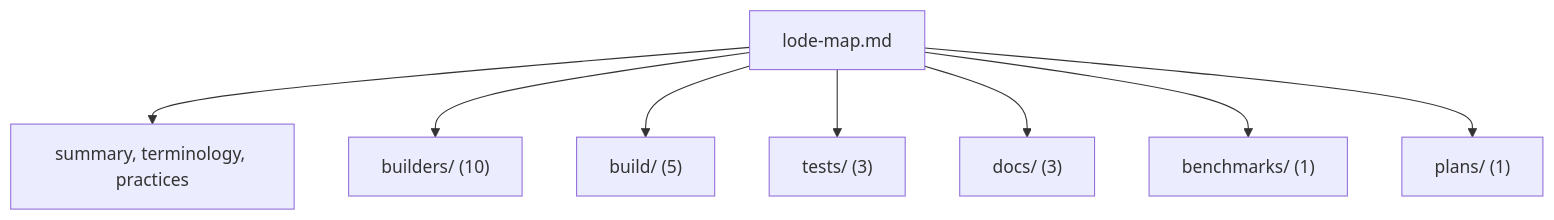
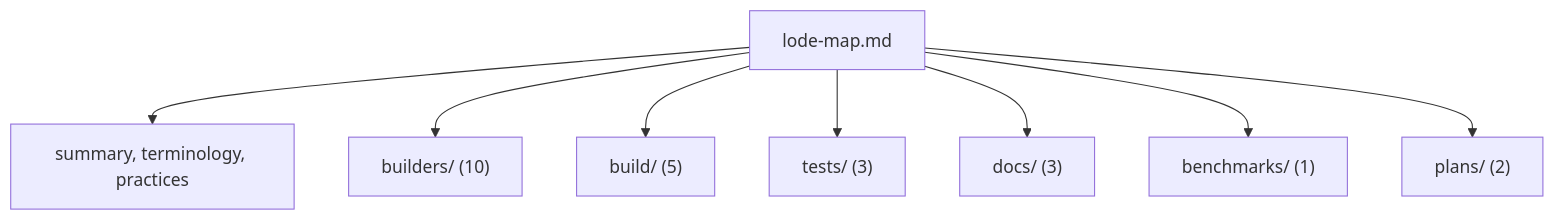
One commit to TheAngryByrd/IcedTasks changed the diagram in lode/lode-map.md. Above: the diagram before and after it, drawn with Mermaid. The commit also changed other lines of this file and 7 other files, not shown here.

````diff
--- a/lode/lode-map.md
+++ b/lode/lode-map.md
@@ -78,10 +79,10 @@
 ```mermaid
 flowchart TD
     map["lode-map.md"] --> root["summary, terminology, practices"]
     map --> builders["builders/ (10)"]
     map --> build["build/ (5)"]
     map --> tests["tests/ (3)"]
     map --> docs["docs/ (3)"]
     map --> bench["benchmarks/ (1)"]
-    map --> plans["plans/ (1)"]
+    map --> plans["plans/ (2)"]
 ```
````
